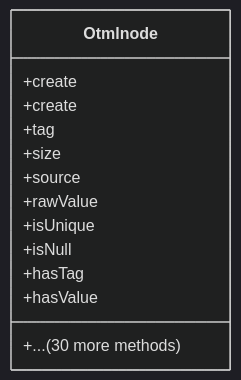
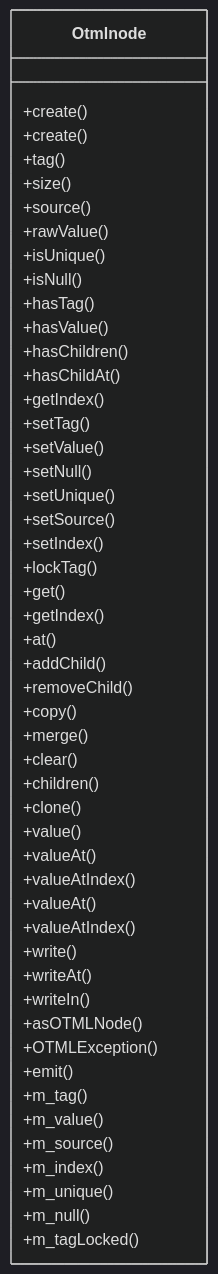
The diagram in docs/authoring/01_core/api/cpp/framework/diagrams/otmlnode.mmd (lukaszj321/otcv8-dev), drawn with Mermaid before and after one commit. The commit also changed 60 other files, not shown here.

Commit message:
fix: show all methods in class diagrams without truncation

```diff
--- a/docs/authoring/01_core/api/cpp/framework/diagrams/otmlnode.mmd
+++ b/docs/authoring/01_core/api/cpp/framework/diagrams/otmlnode.mmd
@@ -1,15 +1,52 @@
 %%{init: {'theme':'dark','themeVariables': {'primaryTextColor':'#ddd','lineColor':'#9aa0a6'},'securityLevel':'loose'}}%%
 classDiagram
     class Otmlnode {
-        +create
-        +create
-        +tag
-        +size
-        +source
-        +rawValue
-        +isUnique
-        +isNull
-        +hasTag
-        +hasValue
-        +... (30 more methods)
+        +create()
+        +create()
+        +tag()
+        +size()
+        +source()
+        +rawValue()
+        +isUnique()
+        +isNull()
+        +hasTag()
+        +hasValue()
+        +hasChildren()
+        +hasChildAt()
+        +getIndex()
+        +setTag()
+        +setValue()
+        +setNull()
+        +setUnique()
+        +setSource()
+        +setIndex()
+        +lockTag()
+        +get()
+        +getIndex()
+        +at()
+        +addChild()
+        +removeChild()
+        +copy()
+        +merge()
+        +clear()
+        +children()
+        +clone()
+        +value()
+        +valueAt()
+        +valueAtIndex()
+        +valueAt()
+        +valueAtIndex()
+        +write()
+        +writeAt()
+        +writeIn()
+        +asOTMLNode()
+        +OTMLException()
+        +emit()
+        +m_tag()
+        +m_value()
+        +m_source()
+        +m_index()
+        +m_unique()
+        +m_null()
+        +m_tagLocked()
     }
```
